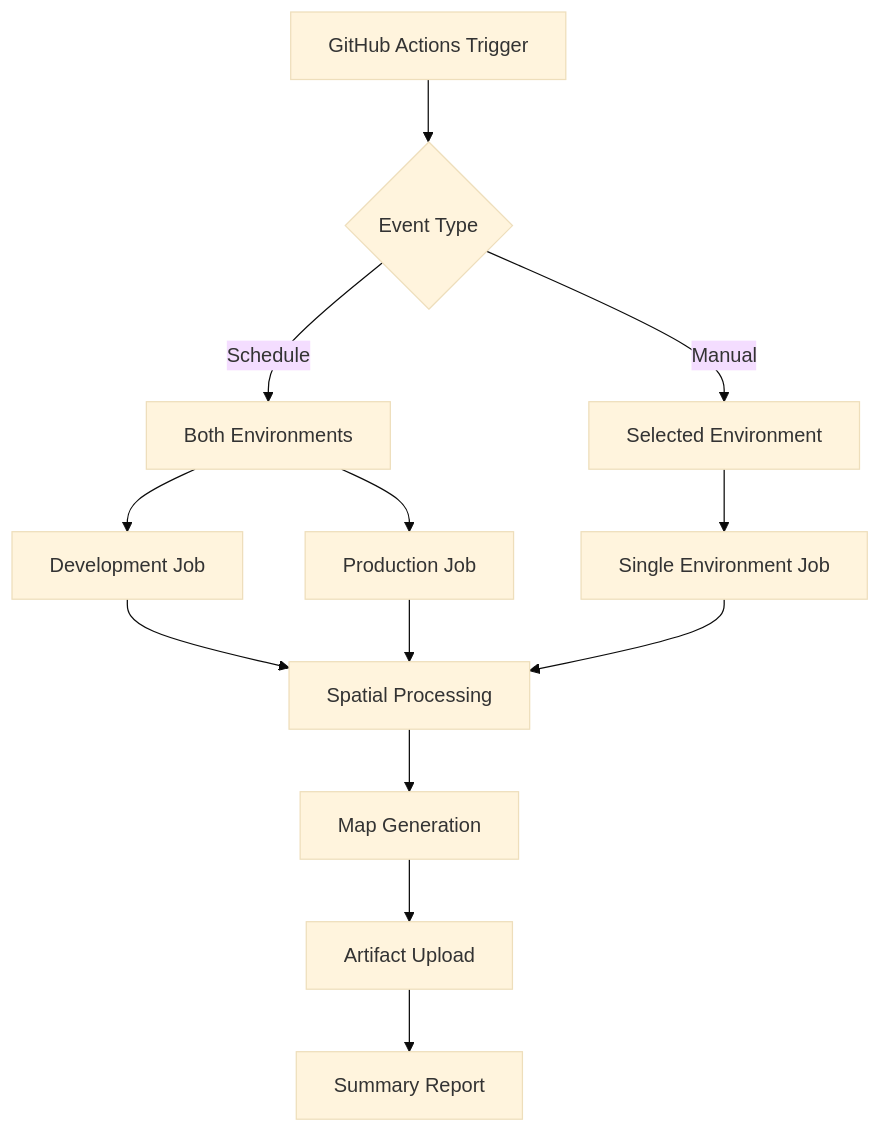
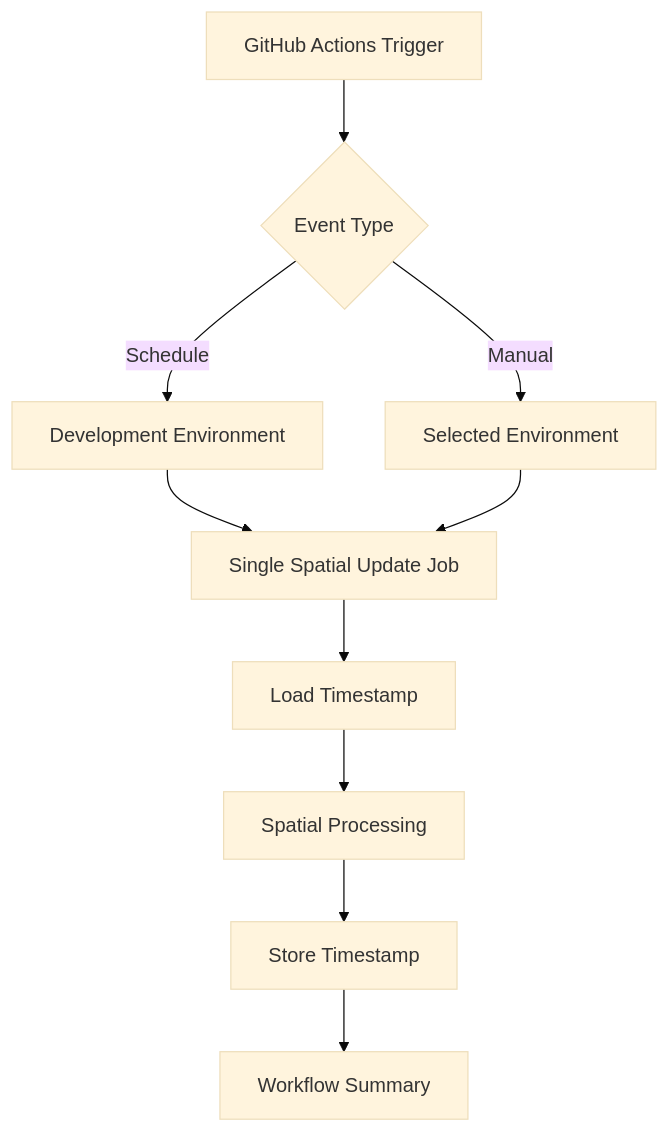
The diagram in .github/workflows/README.md (EcoNet-NZ/cams-weeds-utilities), drawn with Mermaid (base theme) before and after one commit. The commit also changed other lines of this file and 2 other files, not shown here.

Commit message:
Simplified workflow

````diff
--- a/.github/workflows/README.md
+++ b/.github/workflows/README.md
@@ -150,18 +138,14 @@
 ```mermaid
 graph TD
     A[GitHub Actions Trigger] --> B{Event Type}
-    B -->|Schedule| C[Both Environments]
+    B -->|Schedule| C[Development Environment]
     B -->|Manual| D[Selected Environment]
     
-    C --> E[Development Job]
-    C --> F[Production Job]
-    D --> G[Single Environment Job]
+    C --> E[Single Spatial Update Job]
+    D --> E
     
-    E --> H[Spatial Processing]
-    F --> H
-    G --> H
-    
-    H --> I[Map Generation]
-    I --> J[Artifact Upload]
-    J --> K[Summary Report]
+    E --> F[Load Timestamp]
+    F --> G[Spatial Processing]
+    G --> H[Store Timestamp]
+    H --> I[Workflow Summary]
 ```
````
